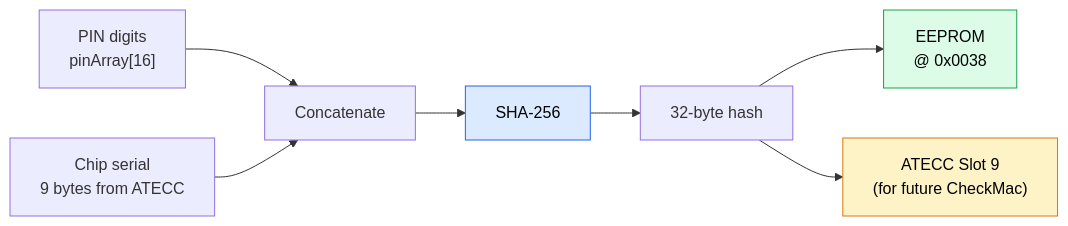
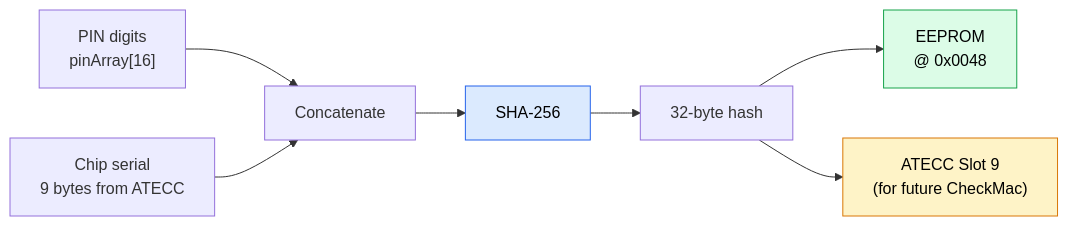
One commit to Depbit-lab/docsZerokeyUSB changed the diagram in firmware/security/pin-verification.mdx. Above: the diagram before and after it, drawn with Mermaid. The commit also changed other lines of this file and 41 other files, not shown here.

````diff
--- a/firmware/security/pin-verification.mdx
+++ b/firmware/security/pin-verification.mdx
@@ -14,13 +14,13 @@
 ```mermaid
 flowchart LR
     PIN["PIN digits<br/>pinArray[16]"] --> CONCAT["Concatenate"]
     SERIAL["Chip serial<br/>9 bytes from ATECC"] --> CONCAT
     CONCAT --> SHA["SHA-256"]
     SHA --> HASH["32-byte hash"]
-    HASH --> EEP["EEPROM<br/>@ 0x0038"]
+    HASH --> EEP["EEPROM<br/>@ 0x0048"]
     HASH --> SLOT["ATECC Slot 9<br/>(for future CheckMac)"]
     
     style SHA fill:#dbeafe,stroke:#2563eb,color:#000
     style EEP fill:#dcfce7,stroke:#16a34a,color:#000
     style SLOT fill:#fef3c7,stroke:#d97706,color:#000
 ```
````
